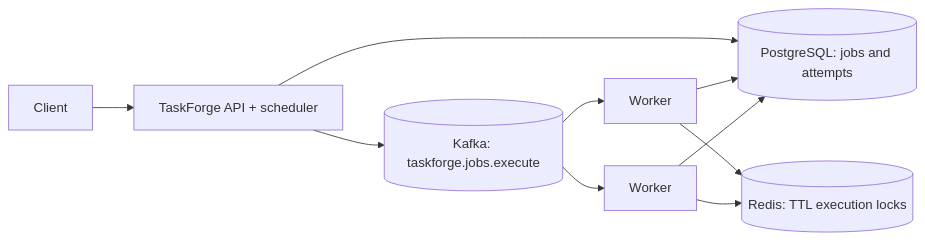
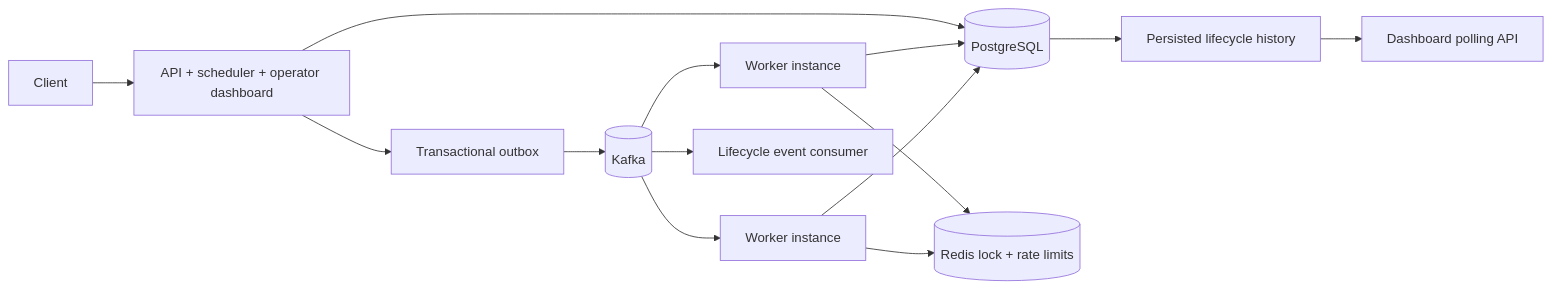
The first of 2 diagrams in README.md (parth-05122005/TaskForge), drawn with Mermaid before and after one commit. The commit also changed other lines of this file and 85 other files, not shown here.

Commit message:
Build durable distributed TaskForge platform

````diff
--- a/README.md
+++ b/README.md
@@ -7,12 +7,16 @@
 ```mermaid
 flowchart LR
-  Client --> API[TaskForge API + scheduler]
-  API --> PG[(PostgreSQL: jobs and attempts)]
-  API --> K[(Kafka: taskforge.jobs.execute)]
-  K --> W1[Worker]
-  K --> W2[Worker]
-  W1 --> R[(Redis: TTL execution locks)]
-  W2 --> R
+  Client --> API[API + scheduler + operator dashboard]
+  API --> PG[(PostgreSQL)]
+  API --> Outbox[Transactional outbox]
+  Outbox --> K[(Kafka)]
+  K --> W1[Worker instance]
+  K --> W2[Worker instance]
+  K --> EventConsumer[Lifecycle event consumer]
+  W1 --> Redis[(Redis lock + rate limits)]
+  W2 --> Redis
   W1 --> PG
   W2 --> PG
+  PG --> Events[Persisted lifecycle history]
+  Events --> UI[Dashboard polling API]
 ```
````
